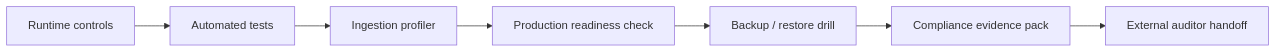
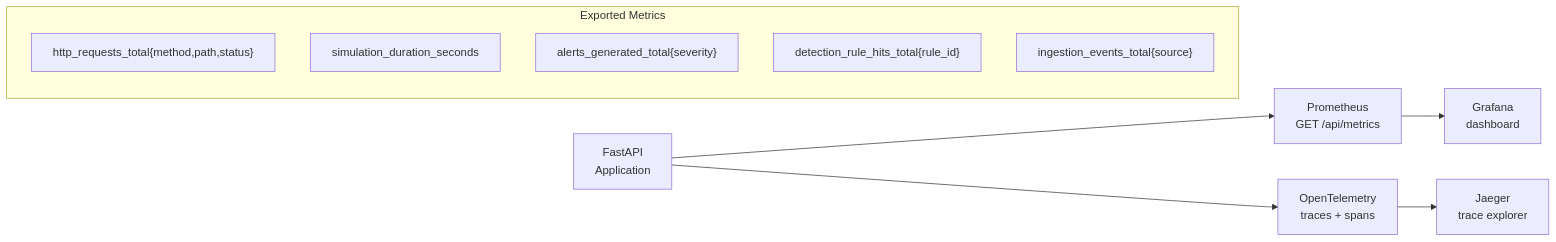
The tenth of 10 diagrams in README.md (omarbabba779xx/CyberTwin-SOC), drawn with Mermaid before and after one commit. The commit also changed other lines of this file, not shown here.

Commit message:
docs: rewrite README — professional layout, Mermaid diagrams, real metrics

````diff
--- a/README.md
+++ b/README.md
@@ -462,9 +484,18 @@
 ```mermaid
 flowchart LR
-    CODE["Runtime controls"] --> TESTS["Automated tests"]
-    TESTS --> PERF["Ingestion profiler"]
-    PERF --> OPS["Production readiness check"]
-    OPS --> DR["Backup / restore drill"]
-    DR --> EVIDENCE["Compliance evidence pack"]
-    EVIDENCE --> AUDIT["External auditor handoff"]
+    APP["FastAPI\nApplication"]
+
+    APP --> PROM["Prometheus\nGET /api/metrics"]
+    APP --> OTEL["OpenTelemetry\ntraces + spans"]
+
+    PROM --> GRAFANA["Grafana\ndashboard"]
+    OTEL --> JAEGER["Jaeger\ntrace explorer"]
+
+    subgraph Metrics["Exported Metrics"]
+        M1["http_requests_total{method,path,status}"]
+        M2["simulation_duration_seconds"]
+        M3["alerts_generated_total{severity}"]
+        M4["detection_rule_hits_total{rule_id}"]
+        M5["ingestion_events_total{source}"]
+    end
 ```
````
